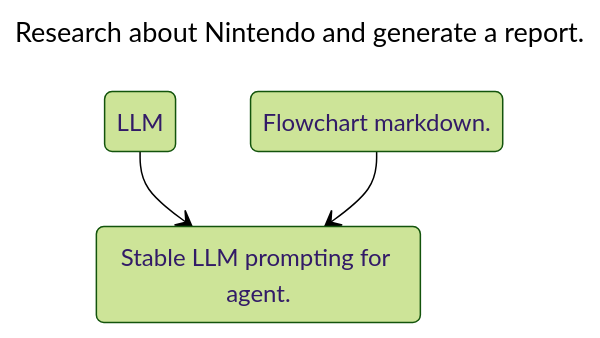
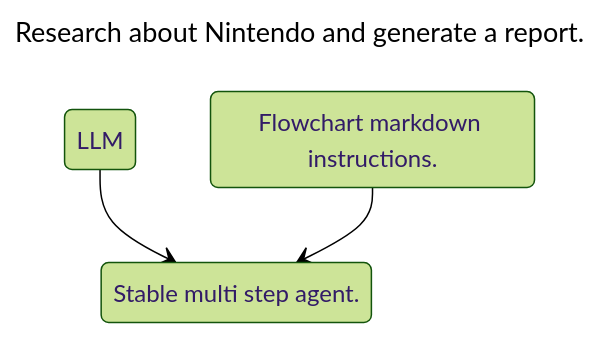
Before and after one commit to fladdict/llmermaid: the first of 5 diagrams in README.md, drawn with Mermaid (forest theme).

````diff
--- a/README.md
+++ b/README.md
@@ -7,12 +7,12 @@
 ```mermaid
 ---
 title: Research about Nintendo and generate a report.
 ---
 stateDiagram-v2
 A --> C
 B --> C
 
 A: LLM
-B: Flowchart markdown.
-C: Stable LLM prompting for agent.
+B: Flowchart markdown instructions.
+C: Stable multi step agent.
 ```
````
